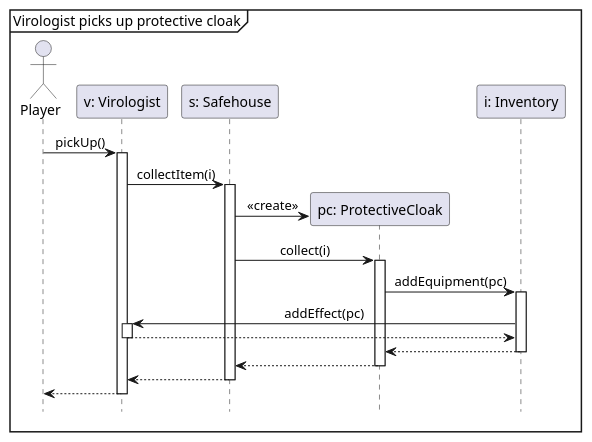
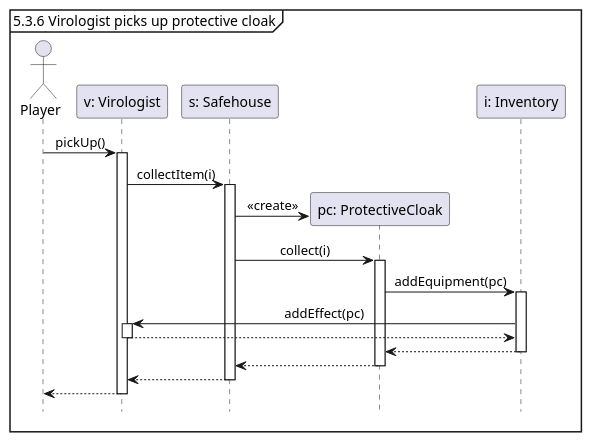
The diagram in docs/testCases/sequences/pickUpCloak.puml (Tschonti/503-service-unavailable), drawn with PlantUML before and after one commit. The commit also changed 3 other files, not shown here.

Commit message:
Numbered sequence diagrams

```diff
--- a/docs/testCases/sequences/pickUpCloak.puml
+++ b/docs/testCases/sequences/pickUpCloak.puml
@@ -1,27 +1,27 @@
 @startuml
 'https://plantuml.com/sequence-diagram
 
 hide footbox
 skinparam sequenceMessageAlign center
 
-mainframe Virologist picks up protective cloak
+mainframe 5.3.6 Virologist picks up protective cloak
 
 actor Player as p
 participant "v: Virologist" as v
 participant "s: Safehouse" as s
 participant "pc: ProtectiveCloak" as pc
 participant "i: Inventory" as i
 
 p -> v ++ : pickUp()
     v -> s ++ : collectItem(i)
         s -> pc ** : <<create>>
         s -> pc ++ : collect(i)
             pc -> i ++ : addEquipment(pc)
                 i -> v ++ : addEffect(pc)
                 return
             return
         return
     return
 return
 
 @enduml
```
